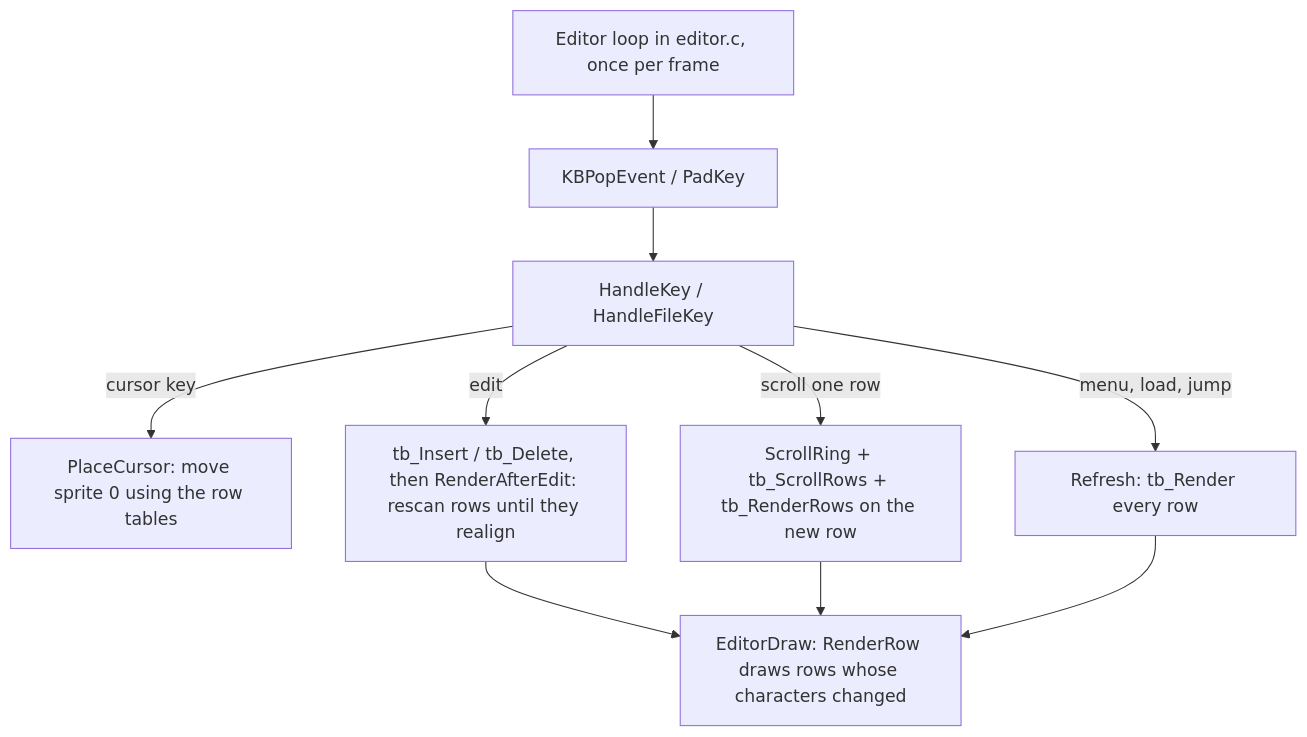
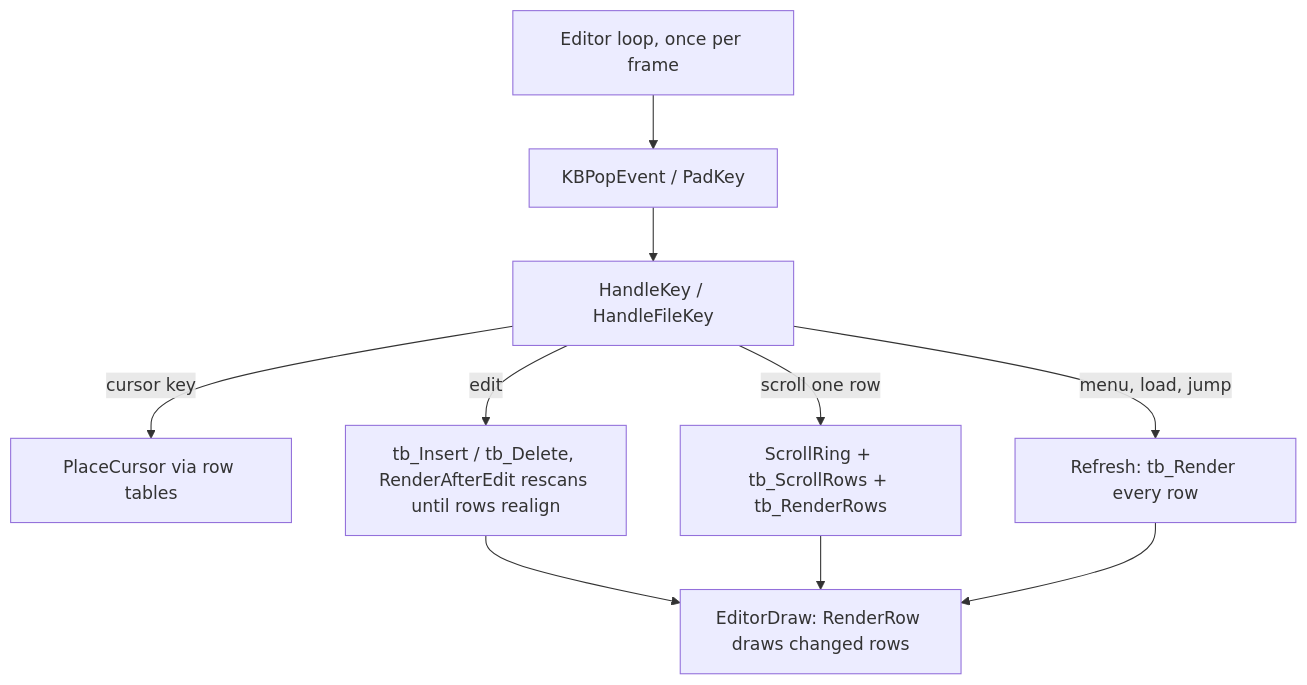
The second of 3 diagrams in notes/ARCHITECTURE.md (Q-Bert-Reynolds/fatpak), drawn with Mermaid before and after one commit. The commit also changed other lines of this file and 18 other files, not shown here.

````diff
--- a/notes/ARCHITECTURE.md
+++ b/notes/ARCHITECTURE.md
@@ -184,10 +200,10 @@
 ```mermaid
 flowchart TD
-  loop[Editor loop in editor.c, once per frame] --> keys[KBPopEvent / PadKey]
+  loop[Editor loop, once per frame] --> keys[KBPopEvent / PadKey]
   keys --> handle[HandleKey / HandleFileKey]
-  handle -->|cursor key| moved[PlaceCursor: move sprite 0 using the row tables]
-  handle -->|edit| edit[tb_Insert / tb_Delete, then RenderAfterEdit: rescan rows until they realign]
-  handle -->|scroll one row| scroll[ScrollRing + tb_ScrollRows + tb_RenderRows on the new row]
+  handle -->|cursor key| moved[PlaceCursor via row tables]
+  handle -->|edit| edit[tb_Insert / tb_Delete, RenderAfterEdit rescans until rows realign]
+  handle -->|scroll one row| scroll[ScrollRing + tb_ScrollRows + tb_RenderRows]
   handle -->|menu, load, jump| full[Refresh: tb_Render every row]
-  edit & scroll & full --> draw[EditorDraw: RenderRow draws rows whose characters changed]
+  edit & scroll & full --> draw[EditorDraw: RenderRow draws changed rows]
 ```
````
